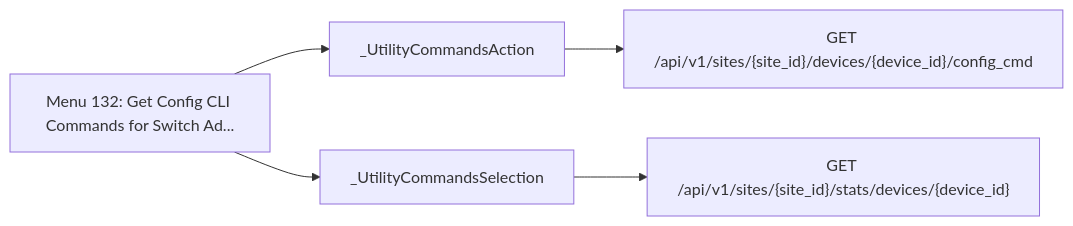
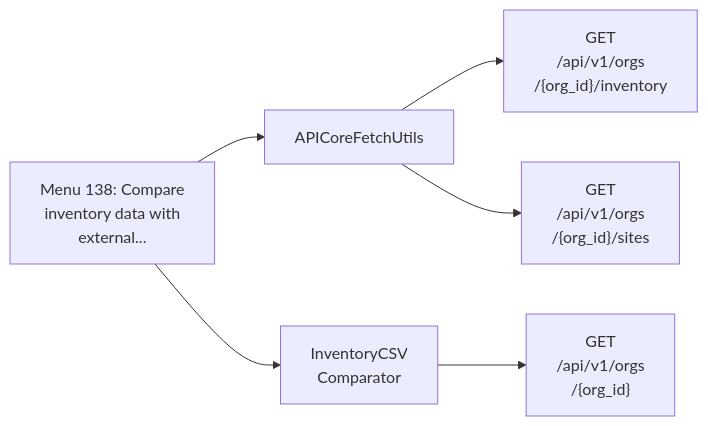
Before and after one commit to jmorrison-juniper/MistHelper: the eighth of 18 diagrams in documentation/menu-api/interactive.md, drawn with Mermaid. The commit also changed other lines of this file and 19 other files, not shown here.

First line of the commit message:
docs(menu-api): fit the Mermaid diagrams to the wiki column (#3463)

````diff
--- a/documentation/menu-api/interactive.md
+++ b/documentation/menu-api/interactive.md
@@ -374,8 +329,9 @@
 ```mermaid
 flowchart LR
-    menu["Menu 132: Get Config CLI Commands for Switch Ad..."]
-    menu --> c1["_UtilityCommandsAction"]
-    c1 --> e1["GET /api/v1/sites/{site_id}/devices/{device_id}/config_cmd"]
-    menu --> c2["_UtilityCommandsSelection"]
-    c2 --> e2["GET /api/v1/sites/{site_id}/stats/devices/{device_id}"]
+    menu["Menu 138: Compare<br/>inventory data with<br/>external..."]
+    menu --> c1["APICoreFetchUtils"]
+    c1 --> e1["GET<br/>/api/v1/orgs<br/>/{org_id}/inventory"]
+    c1 --> e2["GET<br/>/api/v1/orgs<br/>/{org_id}/sites"]
+    menu --> c2["InventoryCSV<br/>Comparator"]
+    c2 --> e3["GET<br/>/api/v1/orgs<br/>/{org_id}"]
 ```
````
